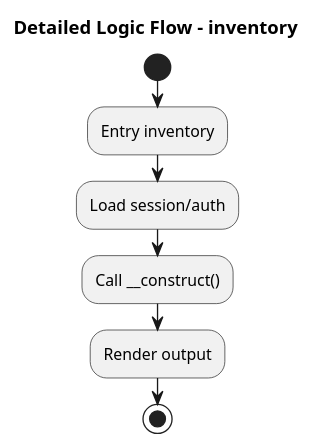
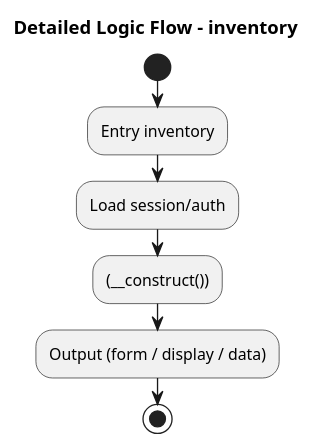
One commit to fraserhighlandshoppe/FAAnalysis changed the diagram in applications/FA_UML_Logic_inventory.puml. Above: the diagram before and after it, drawn with PlantUML. The commit also changed 23 other files, not shown here.

Commit message:
Fix logic UML: actual conditions and (funcname()) calls instead of generic text

```diff
--- a/applications/FA_UML_Logic_inventory.puml
+++ b/applications/FA_UML_Logic_inventory.puml
@@ -1,9 +1,9 @@
 @startuml
 title Detailed Logic Flow - inventory
 start
 :Entry inventory;
 :Load session/auth;
-:Call __construct();
-:Render output;
+:(__construct());
+:Output (form / display / data);
 stop
 @enduml
```
